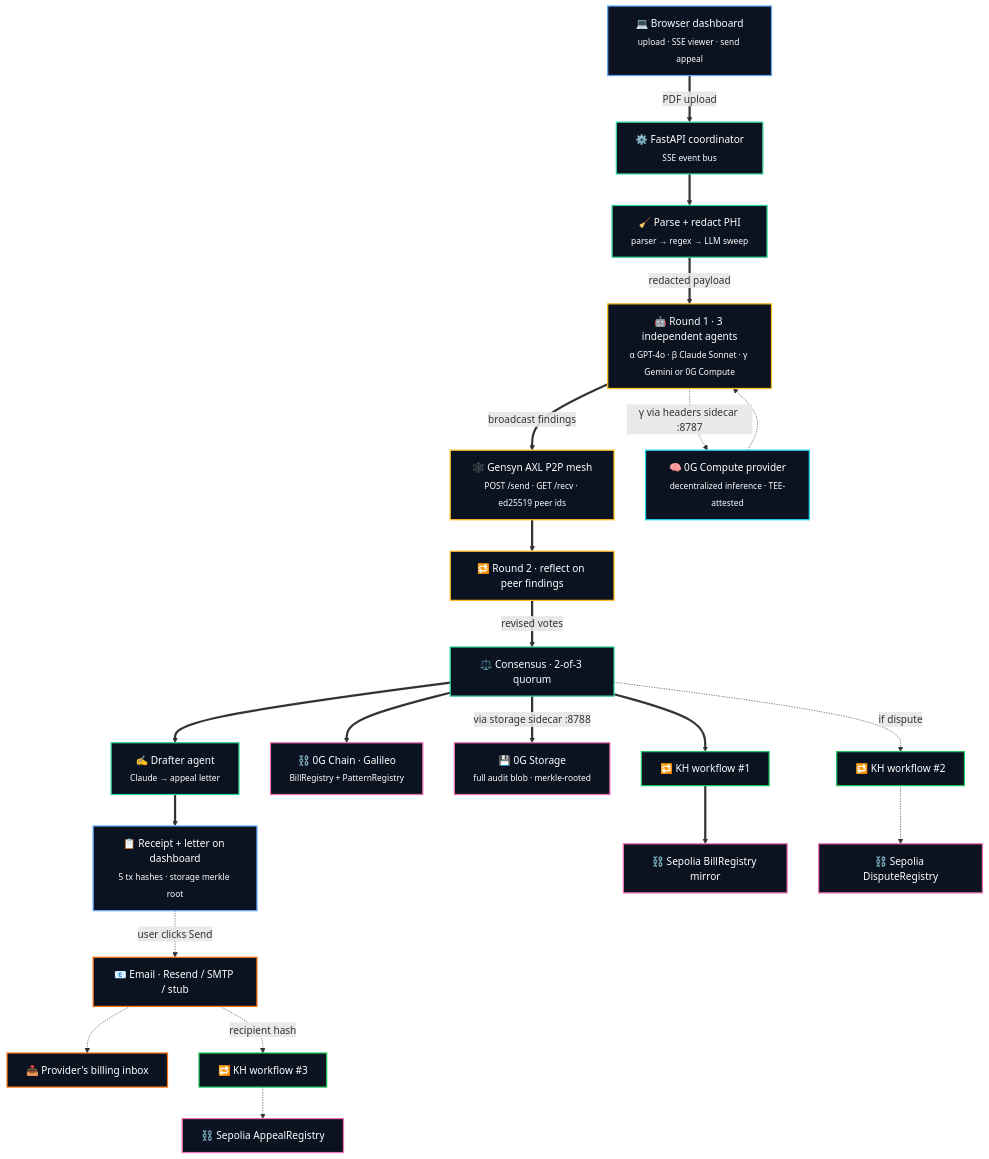
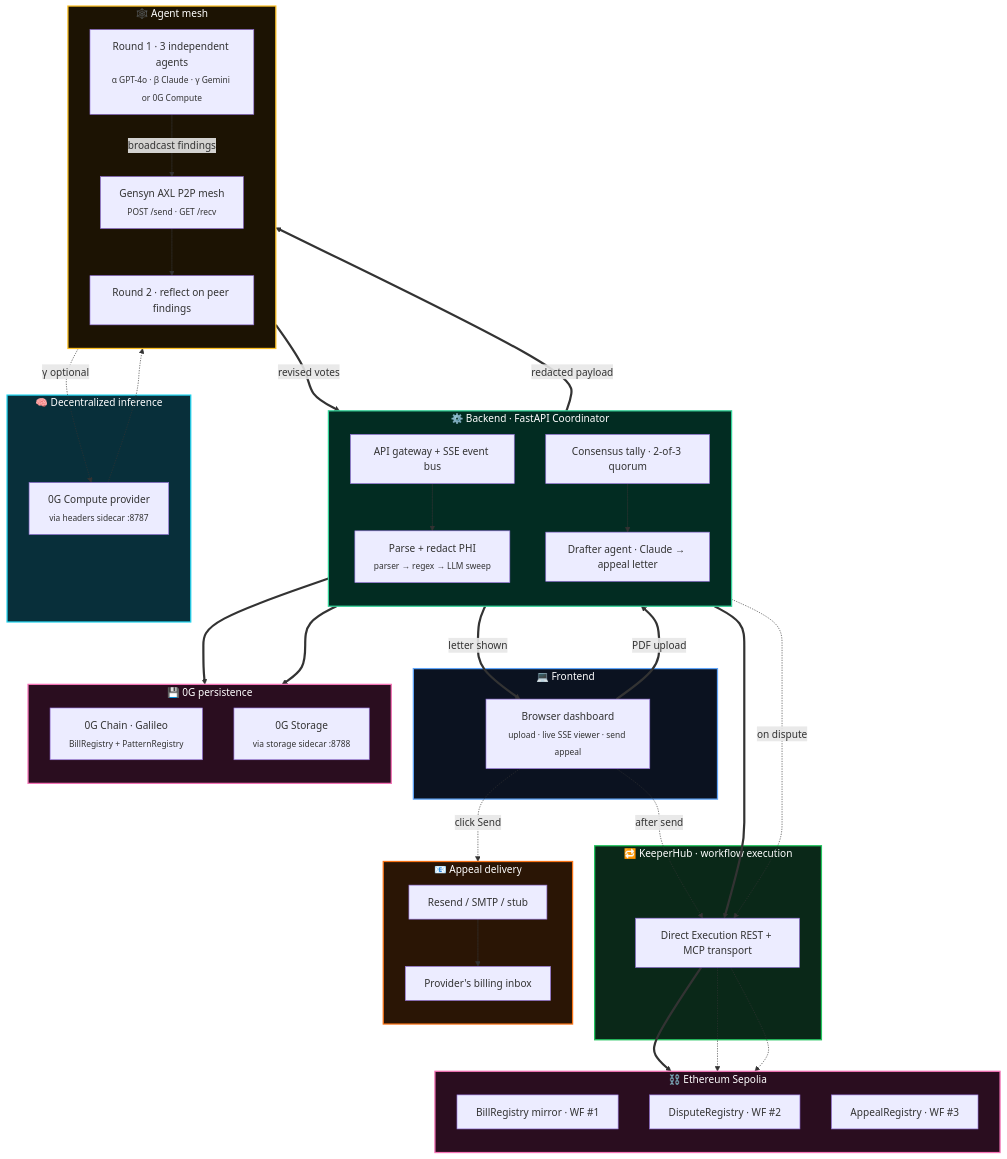
The diagram in README.md (jhatch3/lethe-), drawn with Mermaid before and after one commit.

Commit message:
diagramss

````diff
--- a/README.md
+++ b/README.md
@@ -98,52 +98,91 @@
 ```mermaid
 flowchart TB
-    %% === Pipeline spine: top-to-bottom data flow, one main path ===
-    User["💻 Browser dashboard<br/><sub>upload · SSE viewer · send appeal</sub>"]
-    Parse["🧹 Parse + redact PHI<br/><sub>parser → regex → LLM sweep</sub>"]
-    Round1["🤖 Round 1 · 3 independent agents<br/><sub>α GPT-4o · β Claude Sonnet · γ Gemini or 0G Compute</sub>"]
-    AXL["🕸️ Gensyn AXL P2P mesh<br/><sub>POST /send · GET /recv · ed25519 peer ids</sub>"]
-    Round2["🔁 Round 2 · reflect on peer findings"]
-    Tally["⚖️ Consensus · 2-of-3 quorum"]
-    Drafter["✍️ Drafter agent<br/><sub>Claude → appeal letter</sub>"]
-    Receipt["📋 Receipt + letter on dashboard<br/><sub>5 tx hashes · storage merkle root</sub>"]
+    subgraph FE["💻 Frontend"]
+        User["Browser dashboard<br/><sub>upload · live SSE viewer · send appeal</sub>"]
+    end
 
-    User ==>|"PDF upload"| API
-    API["⚙️ FastAPI coordinator<br/><sub>SSE event bus</sub>"] ==> Parse
-    Parse ==>|"redacted payload"| Round1
-    Round1 ==>|"broadcast findings"| AXL
-    AXL ==> Round2
-    Round2 ==>|"revised votes"| Tally
-    Tally ==> Drafter
-    Drafter ==> Receipt
+    subgraph BE["⚙️ Backend · FastAPI Coordinator"]
+        direction TB
+        API["API gateway + SSE event bus"]
+        Parse["Parse + redact PHI<br/><sub>parser → regex → LLM sweep</sub>"]
+        Tally["Consensus tally · 2-of-3 quorum"]
+        Drafter["Drafter agent · Claude → appeal letter"]
+        API --> Parse
+        Tally --> Drafter
+    end
 
-    %% === Side branch: γ on decentralized inference (optional) ===
-    Round1 -.->|"γ via headers sidecar :8787"| Compute["🧠 0G Compute provider<br/><sub>decentralized inference · TEE-attested</sub>"]
-    Compute -.-> Round1
+    subgraph Mesh["🕸️ Agent mesh"]
+        direction TB
+        Round1["Round 1 · 3 independent agents<br/><sub>α GPT-4o · β Claude · γ Gemini or 0G Compute</sub>"]
+        AXL["Gensyn AXL P2P mesh<br/><sub>POST /send · GET /recv</sub>"]
+        Round2["Round 2 · reflect on peer findings"]
+        Round1 -->|broadcast findings| AXL --> Round2
+    end
 
-    %% === Side branch: persistence (parallel writes from Tally) ===
-    Tally ==> ZGChain["⛓️ 0G Chain · Galileo<br/><sub>BillRegistry + PatternRegistry</sub>"]
-    Tally ==>|"via storage sidecar :8788"| ZGStorage["💾 0G Storage<br/><sub>full audit blob · merkle-rooted</sub>"]
-    Tally ==> KH1["🔁 KH workflow #1"] ==> SepMirror["⛓️ Sepolia BillRegistry mirror"]
-    Tally -.->|"if dispute"| KH2["🔁 KH workflow #2"] -.-> SepDispute["⛓️ Sepolia DisputeRegistry"]
+    subgraph DInf["🧠 Decentralized inference"]
+        ZGC["0G Compute provider<br/><sub>via headers sidecar :8787</sub>"]
+    end
 
-    %% === Side branch: user-initiated appeal send (after receipt) ===
-    Receipt -.->|"user clicks Send"| Email["📧 Email · Resend / SMTP / stub"]
-    Email -.-> Provider["📥 Provider's billing inbox"]
-    Email -.->|"recipient hash"| KH3["🔁 KH workflow #3"] -.-> SepAppeal["⛓️ Sepolia AppealRegistry"]
+    subgraph Persist["💾 0G persistence"]
+        direction TB
+        ZGChain["0G Chain · Galileo<br/><sub>BillRegistry + PatternRegistry</sub>"]
+        ZGStorage["0G Storage<br/><sub>via storage sidecar :8788</sub>"]
+    end
 
-    classDef user    fill:#0b1220,stroke:#60a5fa,stroke-width:2px,color:#fff
-    classDef coord   fill:#0b1220,stroke:#34d399,stroke-width:2px,color:#fff
-    classDef agent   fill:#0b1220,stroke:#fbbf24,stroke-width:2px,color:#fff
-    classDef compute fill:#0b1220,stroke:#22d3ee,stroke-width:2px,color:#fff
-    classDef chain   fill:#0b1220,stroke:#f472b6,stroke-width:2px,color:#fff
-    classDef exec    fill:#0b1220,stroke:#22c55e,stroke-width:2px,color:#fff
-    classDef email   fill:#0b1220,stroke:#f97316,stroke-width:2px,color:#fff
+    subgraph Exec["🔁 KeeperHub · workflow execution"]
+        KH["Direct Execution REST + MCP transport"]
+    end
 
-    class User,Receipt user
-    class API,Parse,Tally,Drafter coord
-    class Round1,Round2,AXL agent
-    class Compute compute
-    class ZGChain,ZGStorage,SepMirror,SepDispute,SepAppeal chain
-    class KH1,KH2,KH3 exec
-    class Email,Provider email
+    subgraph Sep["⛓️ Ethereum Sepolia"]
+        direction TB
+        SepMirror["BillRegistry mirror · WF #1"]
+        SepDispute["DisputeRegistry · WF #2"]
+        SepAppeal["AppealRegistry · WF #3"]
+    end
+
+    subgraph Mail["📧 Appeal delivery"]
+        direction TB
+        Email["Resend / SMTP / stub"]
+        Provider["Provider's billing inbox"]
+        Email --> Provider
+    end
+
+    %% === Main pipeline: spine of data flow ===
+    User ==>|PDF upload| API
+    Parse ==>|redacted payload| Round1
+    Round2 ==>|revised votes| Tally
+    Drafter ==>|letter shown| User
+
+    %% === γ optional decentralized inference ===
+    Round1 -.->|γ optional| ZGC
+    ZGC -.-> Round1
+
+    %% === Persistence fan-out from Tally ===
+    Tally ==> ZGChain
+    Tally ==> ZGStorage
+    Tally ==> KH
+    KH ==> SepMirror
+    Tally -.->|on dispute| KH
+    KH -.-> SepDispute
+
+    %% === User-initiated appeal send ===
+    User -.->|click Send| Email
+    User -.->|after send| KH
+    KH -.-> SepAppeal
+
+    classDef tierFE      fill:#0b1220,stroke:#60a5fa,stroke-width:2px,color:#fff
+    classDef tierBE      fill:#022c22,stroke:#34d399,stroke-width:2px,color:#fff
+    classDef tierMesh    fill:#1c1303,stroke:#fbbf24,stroke-width:2px,color:#fff
+    classDef tierCompute fill:#082f3a,stroke:#22d3ee,stroke-width:2px,color:#fff
+    classDef tierChain   fill:#2a0d1f,stroke:#f472b6,stroke-width:2px,color:#fff
+    classDef tierExec    fill:#0a2818,stroke:#22c55e,stroke-width:2px,color:#fff
+    classDef tierMail    fill:#2a1505,stroke:#f97316,stroke-width:2px,color:#fff
+
+    class FE tierFE
+    class BE tierBE
+    class Mesh tierMesh
+    class DInf tierCompute
+    class Persist,Sep tierChain
+    class Exec tierExec
+    class Mail tierMail
 ```
````
